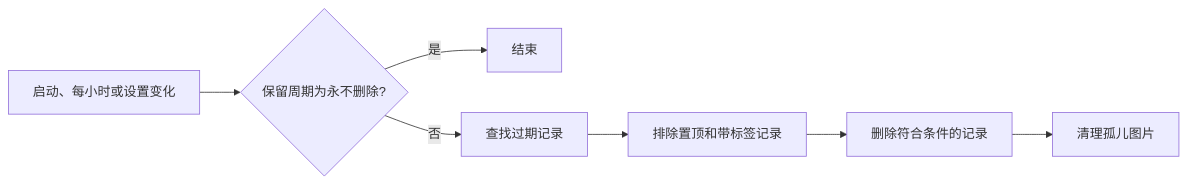
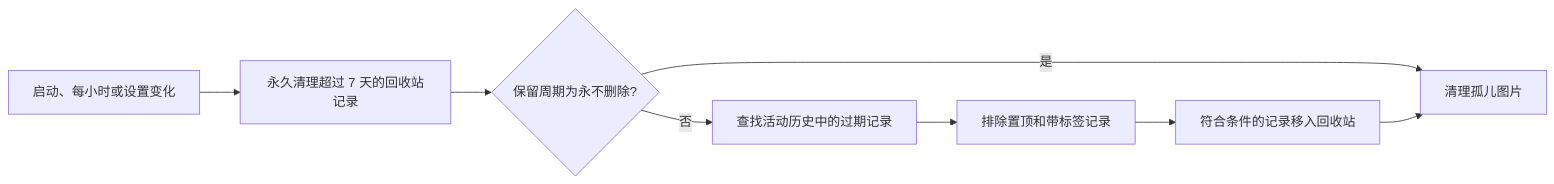
Before and after one commit to zhangty-admin/cliovault: the third of 3 diagrams in docs/PRODUCT_LOGIC.md, drawn with Mermaid. The commit also changed other lines of this file and 6 other files, not shown here.

````diff
--- a/docs/PRODUCT_LOGIC.md
+++ b/docs/PRODUCT_LOGIC.md
@@ -343,9 +351,10 @@
 ```mermaid
 flowchart LR
-    A["启动、每小时或设置变化"] --> B{"保留周期为永不删除?"}
-    B -- 是 --> C["结束"]
-    B -- 否 --> D["查找过期记录"]
+    A["启动、每小时或设置变化"] --> B["永久清理超过 7 天的回收站记录"]
+    B --> C{"保留周期为永不删除?"}
+    C -- 是 --> H["清理孤儿图片"]
+    C -- 否 --> D["查找活动历史中的过期记录"]
     D --> E["排除置顶和带标签记录"]
-    E --> F["删除符合条件的记录"]
-    F --> G["清理孤儿图片"]
+    E --> F["符合条件的记录移入回收站"]
+    F --> H
 ```
````
